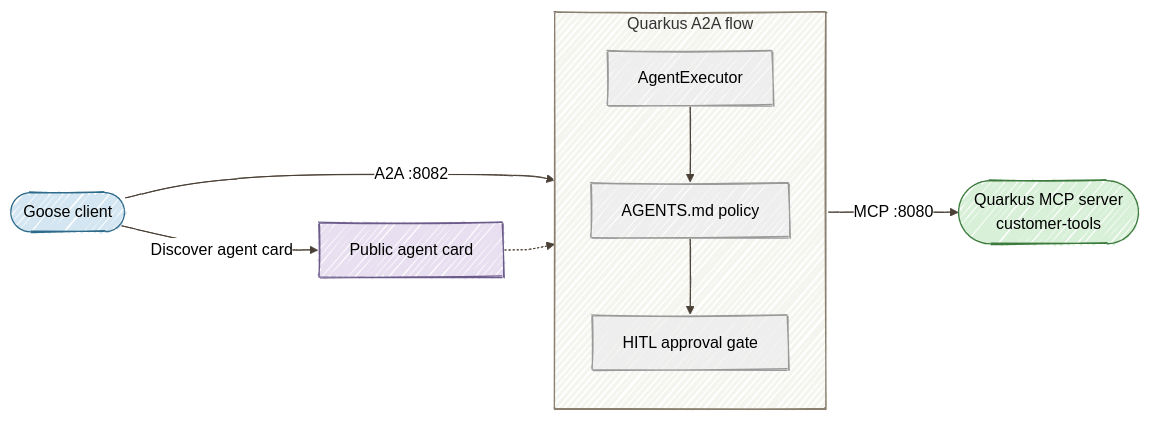
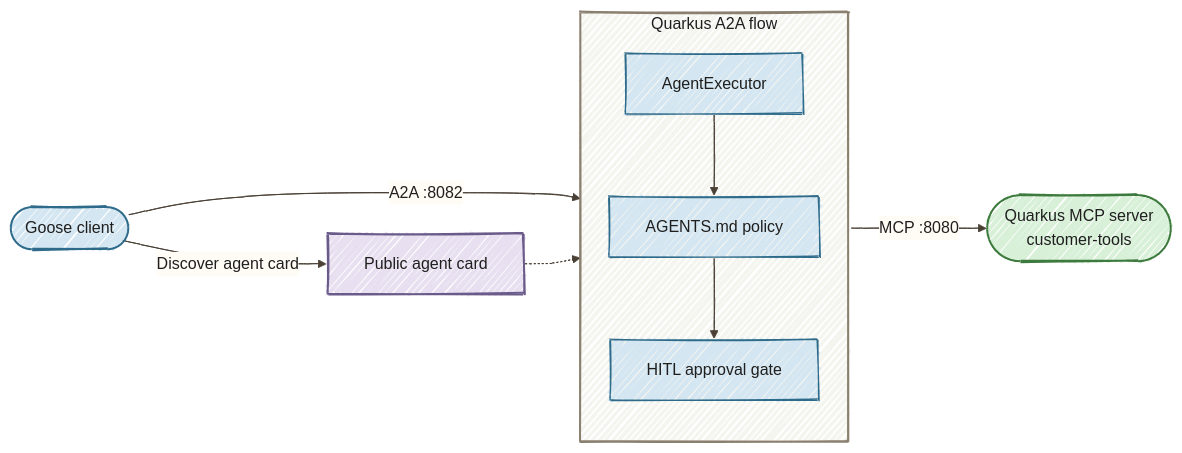
The first of 2 diagrams in part4-multi-agent/README.md (danieloh30/governed-agent-platform), drawn with Mermaid before and after one commit. The commit also changed other lines of this file and 14 other files, not shown here.

Commit message:
Improve Mermaid readability in light and dark modes

````diff
--- a/part4-multi-agent/README.md
+++ b/part4-multi-agent/README.md
@@ -9,20 +9,20 @@
 ```mermaid
-%%{init: {'look':'handDrawn','theme':'neutral','themeVariables': {'lineColor':'#4A4035'}}}%%
+%%{init: {"look":"handDrawn","theme":"base","themeVariables":{"darkMode":false,"background":"#FFFCF5","primaryColor":"#D4E6F1","primaryBorderColor":"#2E6B8A","primaryTextColor":"#1F1F1F","secondaryColor":"#D8F0D8","secondaryTextColor":"#1F1F1F","tertiaryColor":"#E8DCC4","tertiaryTextColor":"#1F1F1F","textColor":"#1F1F1F","lineColor":"#4A4035","edgeLabelBackground":"#FFFCF5","clusterBkg":"#F5F5F0","clusterBorder":"#6B5B45","fontSize":"16px","actorBkg":"#D4E6F1","actorBorder":"#2E6B8A","actorTextColor":"#1F1F1F","actorLineColor":"#6B5B45","signalColor":"#4A4035","signalTextColor":"#1F1F1F"},"flowchart":{"nodeSpacing":35,"rankSpacing":55,"padding":18}}}%%
 flowchart LR
     G([Goose client]) -->|Discover agent card| CARD[Public agent card]
     G -->|A2A :8082| FLOW
     FLOW -->|MCP :8080| MCP([Quarkus MCP server<br/>customer-tools])
 
     subgraph FLOW[Quarkus A2A flow]
         EXEC[AgentExecutor]
         GOV[AGENTS.md policy]
         HITL[HITL approval gate]
         EXEC --> GOV --> HITL
     end
 
     CARD -.-> FLOW
-    style G fill:#D4E6F1,stroke:#2E6B8A
-    style FLOW fill:#F5F5F0,stroke:#8B8070
-    style CARD fill:#E8E0F0,stroke:#6B5B8A
-    style MCP fill:#D8F0D8,stroke:#3D7A3D
+    style G fill:#D4E6F1,stroke:#2E6B8A,color:#1F1F1F,stroke-width:2px
+    style FLOW fill:#F5F5F0,stroke:#8B8070,color:#1F1F1F,stroke-width:2px
+    style CARD fill:#E8E0F0,stroke:#6B5B8A,color:#1F1F1F,stroke-width:2px
+    style MCP fill:#D8F0D8,stroke:#3D7A3D,color:#1F1F1F,stroke-width:2px
 ```
````
